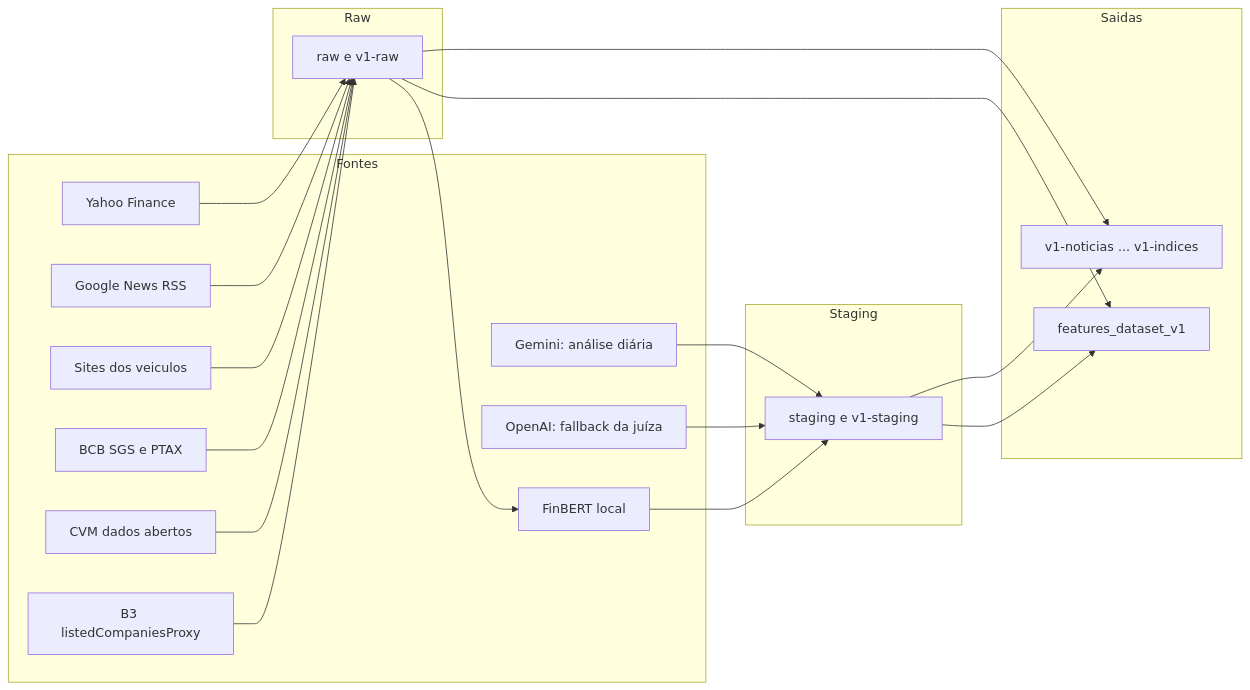
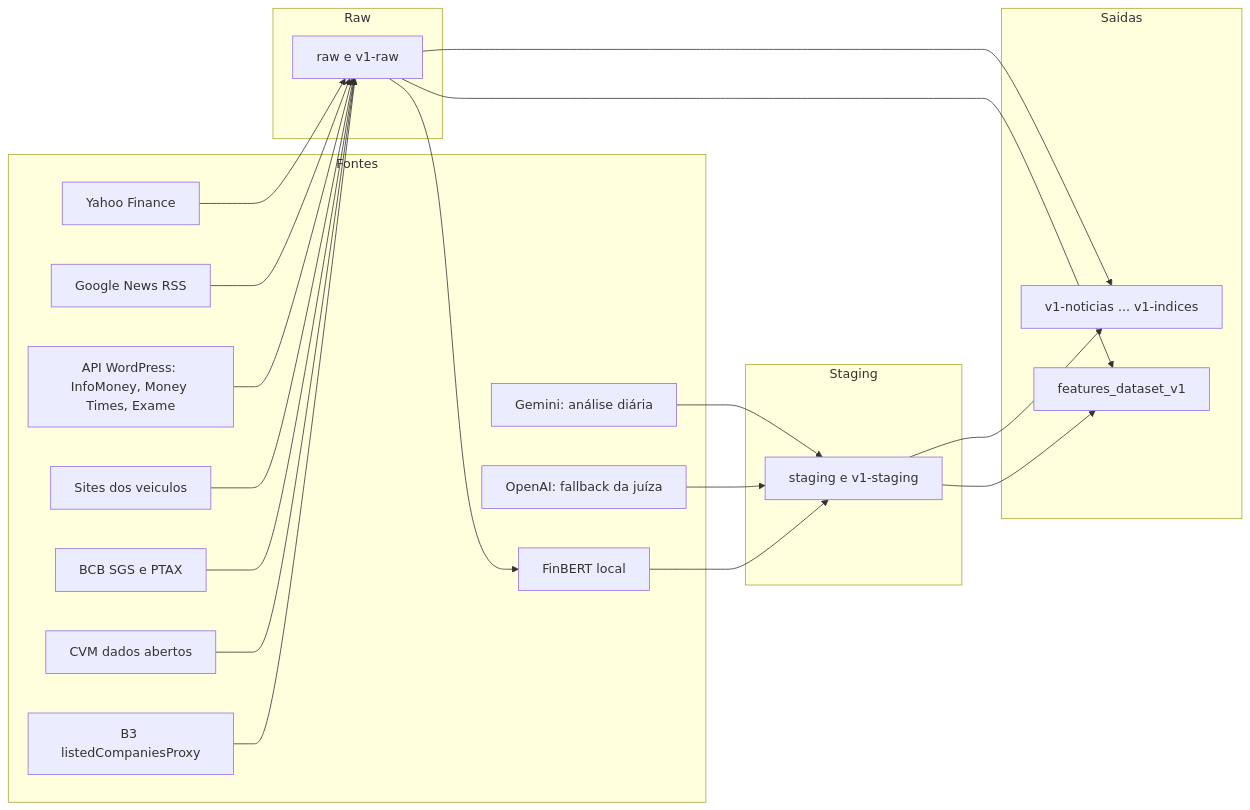
The first of 2 diagrams in docs/01-visao-geral.md (Mart1ns12/extracao-dados-tcc), drawn with Mermaid before and after one commit. The commit also changed other lines of this file and 53 other files, not shown here.

First line of the commit message:
feat(noticias): coleta hibrida WordPress + Google News com classificador por codigo; correcoes de preco

````diff
--- a/docs/01-visao-geral.md
+++ b/docs/01-visao-geral.md
@@ -66,38 +66,40 @@
 ```mermaid
 flowchart LR
     subgraph Fontes
         Y[Yahoo Finance]
         GN[Google News RSS]
+        WP[API WordPress: InfoMoney, Money Times, Exame]
         VS[Sites dos veiculos]
         BCB[BCB SGS e PTAX]
         CVM[CVM dados abertos]
         B3[B3 listedCompaniesProxy]
         GEM[Gemini: análise diária]
         OAI[OpenAI: fallback da juíza]
         FB[FinBERT local]
     end
     subgraph Raw
         R[raw e v1-raw]
     end
     subgraph Staging
         S[staging e v1-staging]
     end
     subgraph Saidas
         F[features_dataset_v1]
         E[v1-noticias ... v1-indices]
     end
     Y --> R
     GN --> R
+    WP --> R
     VS --> R
     BCB --> R
     CVM --> R
     B3 --> R
     R --> FB
     FB --> S
     GEM --> S
     OAI --> S
     R --> F
     S --> F
     R --> E
     S --> E
 ```
````
